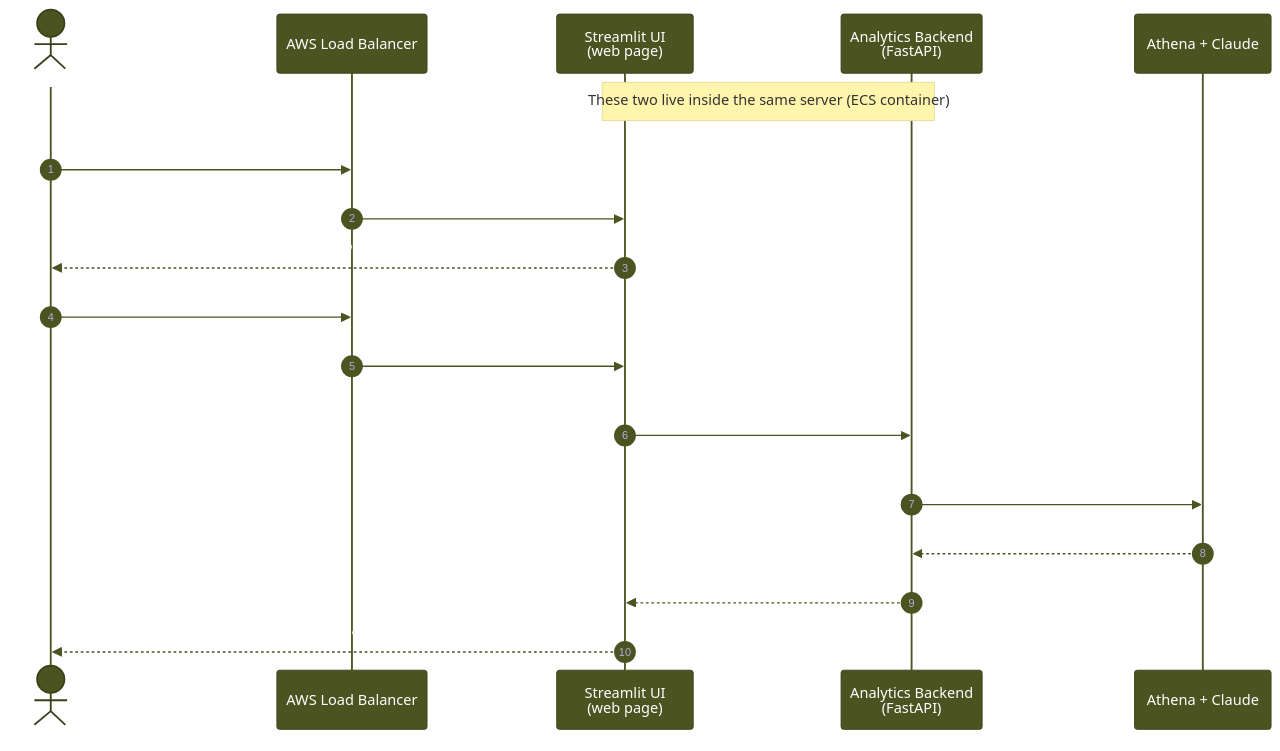
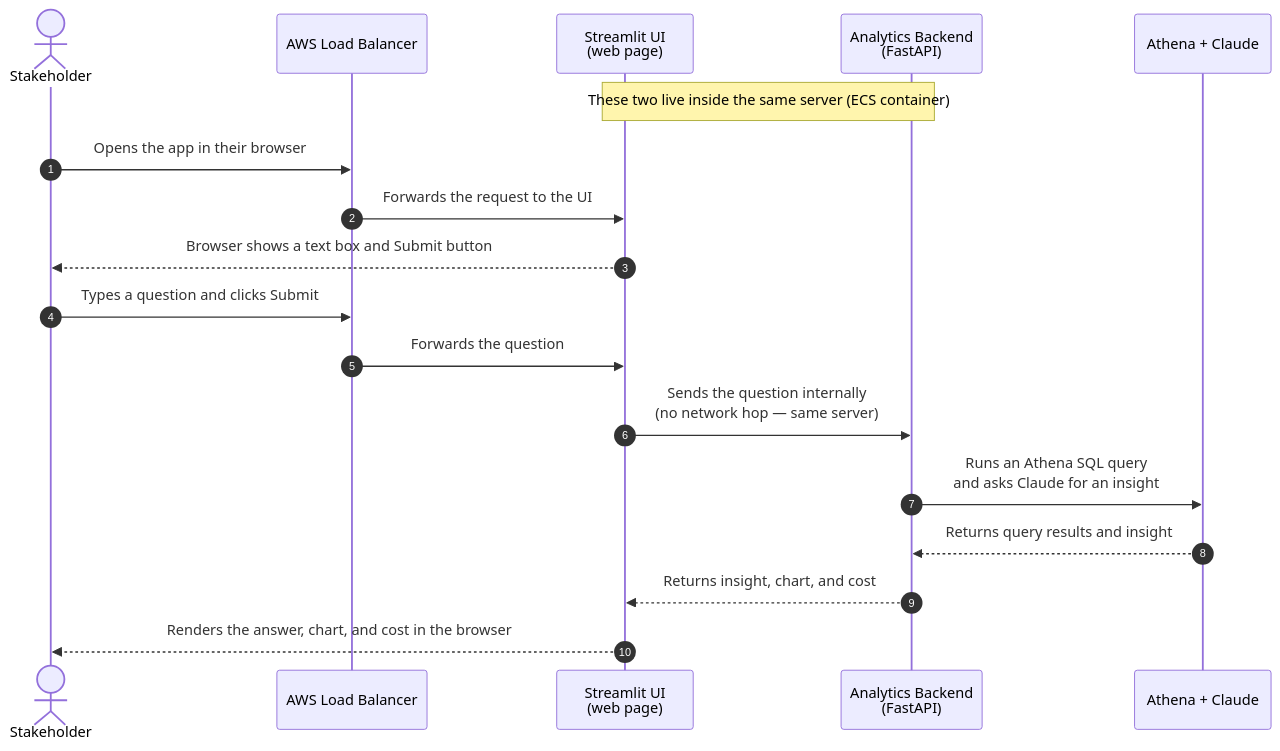
Before and after one commit to enterprise-data-platform-emeka/platform-analytics-agent: the second of 3 diagrams in README.md, drawn with Mermaid. The commit also changed other lines of this file, not shown here.

Commit message:
Docs: remove brand colors from all Mermaid diagrams

````diff
--- a/README.md
+++ b/README.md
@@ -150,24 +149,23 @@
 ```mermaid
-%%{init: {'theme': 'base', 'themeVariables': {'primaryColor': '#4B5320', 'primaryTextColor': '#ffffff', 'primaryBorderColor': '#3a4118', 'lineColor': '#4B5320', 'signalColor': '#4B5320', 'actorLineColor': '#4B5320', 'secondaryColor': '#F0F7FF', 'tertiaryColor': '#F0F7FF', 'background': '#ffffff', 'clusterBkg': '#F0F7FF', 'edgeLabelBackground': '#ffffff'}}}%%
 sequenceDiagram
     autonumber
     actor S as Stakeholder
     participant ALB as AWS Load Balancer
     participant UI as Streamlit UI<br/>(web page)
     participant API as Analytics Backend<br/>(FastAPI)
     participant AI as Athena + Claude
 
     note over UI,API: These two live inside the same server (ECS container)
 
     S->>ALB: Opens the app in their browser
     ALB->>UI: Forwards the request to the UI
     UI-->>S: Browser shows a text box and Submit button
 
     S->>ALB: Types a question and clicks Submit
     ALB->>UI: Forwards the question
     UI->>API: Sends the question internally<br/>(no network hop — same server)
     API->>AI: Runs an Athena SQL query<br/>and asks Claude for an insight
     AI-->>API: Returns query results and insight
     API-->>UI: Returns insight, chart, and cost
     UI-->>S: Renders the answer, chart, and cost in the browser
 ```
````
